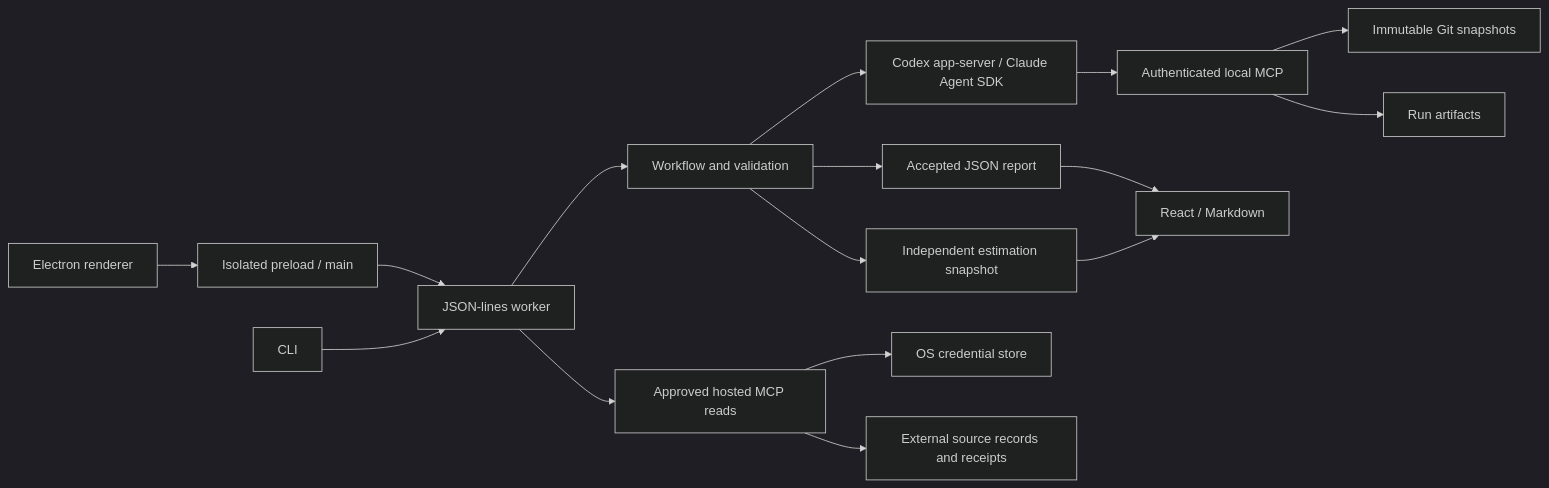
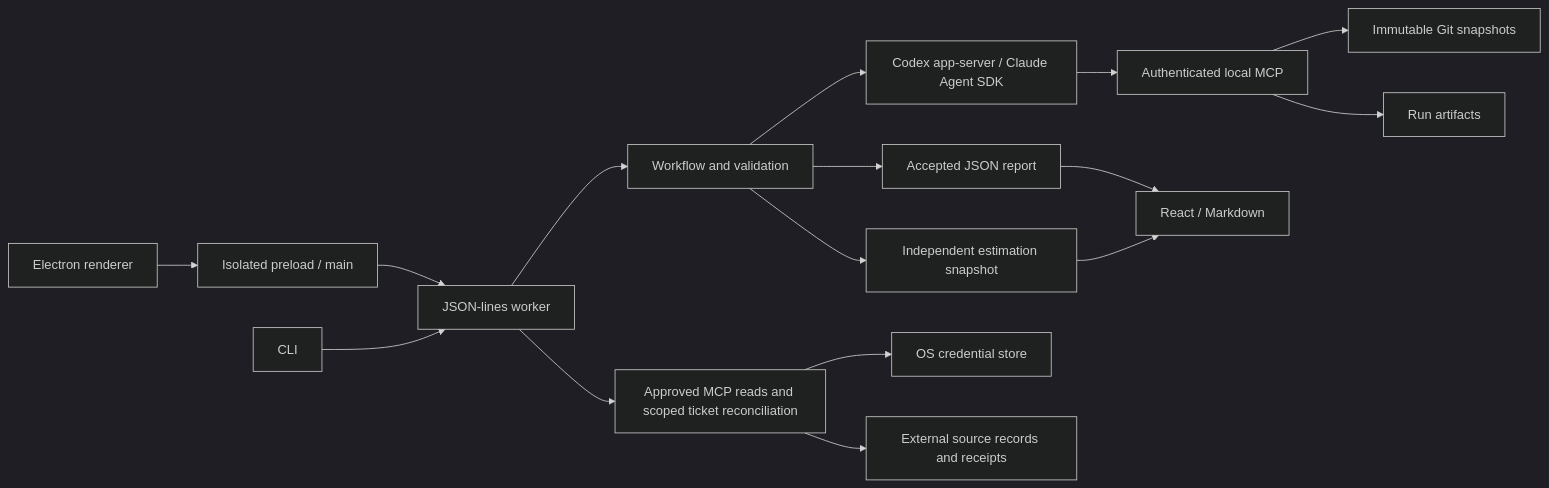
Before and after one commit to opheleon/aiden-preview: the diagram in docs/architecture.md, drawn with Mermaid (dark theme). The commit also changed other lines of this file and 323 other files, not shown here.

````diff
--- a/docs/architecture.md
+++ b/docs/architecture.md
@@ -3,18 +3,18 @@
 ```mermaid
 flowchart LR
   UI[Electron renderer] --> Bridge[Isolated preload / main]
   CLI[CLI] --> Worker[JSON-lines worker]
   Bridge --> Worker
   Worker --> Core[Workflow and validation]
   Core --> Provider[Codex app-server / Claude Agent SDK]
   Provider --> MCP[Authenticated local MCP]
   MCP --> Snapshots[Immutable Git snapshots]
   MCP --> Artifacts[Run artifacts]
-  Worker --> Hosted[Approved hosted MCP reads]
+  Worker --> Hosted[Approved MCP reads and scoped ticket reconciliation]
   Hosted --> Vault[OS credential store]
   Hosted --> Receipts[External source records and receipts]
   Core --> Report[Accepted JSON report]
   Core --> Estimate[Independent estimation snapshot]
   Report --> Render[React / Markdown]
   Estimate --> Render
 ```
````
